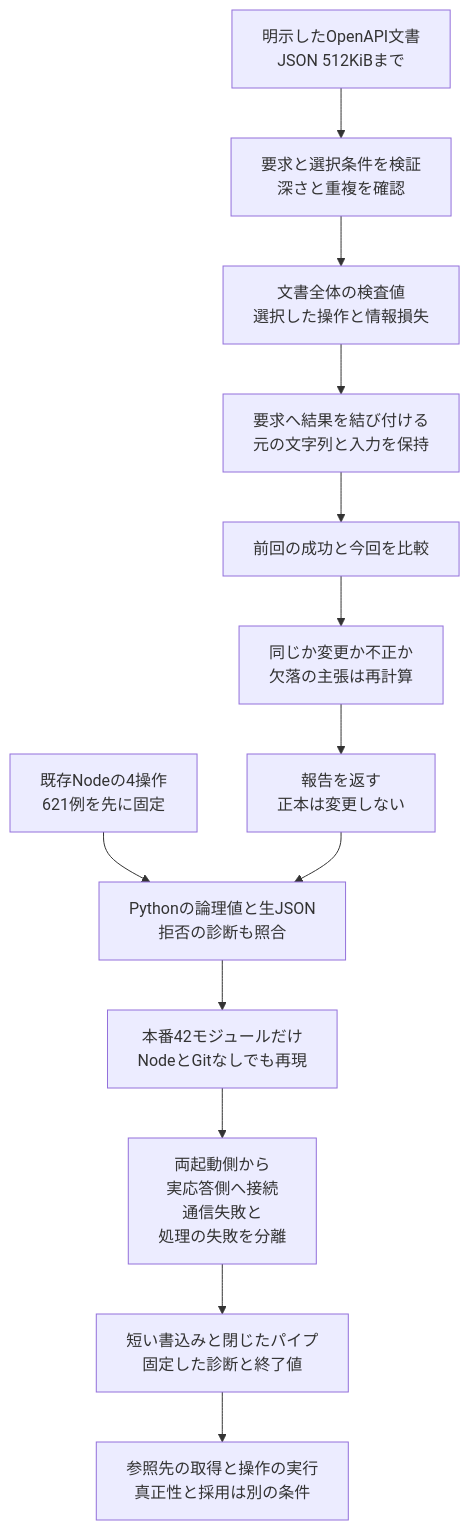
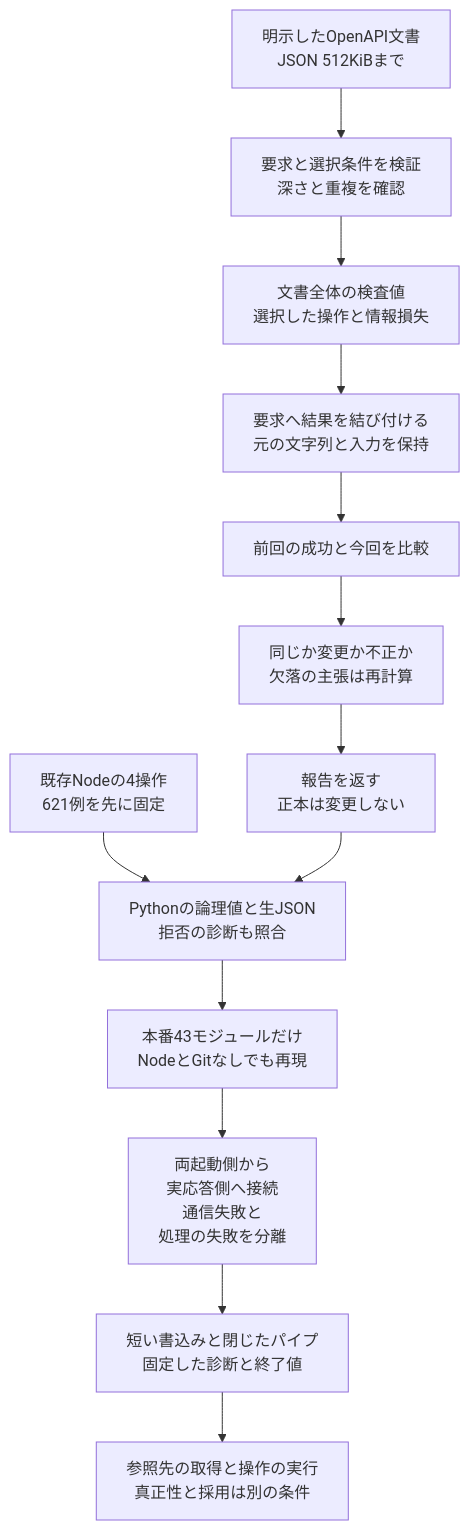
Before and after one commit to koukemo/morivyx: the diagram in docs/diagrams/python-openapi-import.mmd, drawn with Mermaid. The commit also changed 31 other files, not shown here.

```diff
--- a/docs/diagrams/python-openapi-import.mmd
+++ b/docs/diagrams/python-openapi-import.mmd
@@ -1,13 +1,13 @@
 flowchart TD
   A[明示したOpenAPI文書<br/>JSON 512KiBまで] --> B[要求と選択条件を検証<br/>深さと重複を確認]
   B --> C[文書全体の検査値<br/>選択した操作と情報損失]
   C --> D[要求へ結果を結び付ける<br/>元の文字列と入力を保持]
   D --> E[前回の成功と今回を比較]
   E --> F[同じか変更か不正か<br/>欠落の主張は再計算]
   F --> G[報告を返す<br/>正本は変更しない]
   H[既存Nodeの4操作<br/>621例を先に固定] --> I[Pythonの論理値と生JSON<br/>拒否の診断も照合]
   G --> I
-  I --> J[本番42モジュールだけ<br/>NodeとGitなしでも再現]
+  I --> J[本番43モジュールだけ<br/>NodeとGitなしでも再現]
   J --> K[両起動側から<br/>実応答側へ接続<br/>通信失敗と<br/>処理の失敗を分離]
   K --> L[短い書込みと閉じたパイプ<br/>固定した診断と終了値]
   L --> M[参照先の取得と操作の実行<br/>真正性と採用は別の条件]
```
